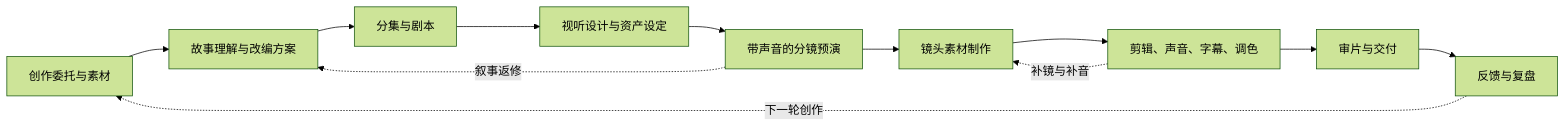
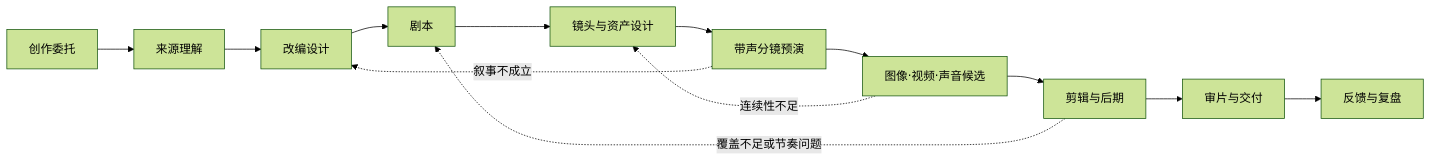
The diagram in README.md (cloudxy/vsc-plugin), drawn with Mermaid (forest theme) before and after one commit. The commit also changed other lines of this file, not shown here.

````diff
--- a/README.md
+++ b/README.md
@@ -76,14 +49,15 @@
 ```mermaid
 flowchart LR
-    A[创作委托与素材] --> B[故事理解与改编方案]
-    B --> C[分集与剧本]
-    C --> D[视听设计与资产设定]
-    D --> E[带声音的分镜预演]
-    E --> F[镜头素材制作]
-    F --> G[剪辑、声音、字幕、调色]
-    G --> H[审片与交付]
-    H --> I[反馈与复盘]
-    E -. 叙事返修 .-> B
-    G -. 补镜与补音 .-> F
-    I -. 下一轮创作 .-> A
+    S0[创作委托] --> S1[来源理解]
+    S1 --> S2[改编设计]
+    S2 --> S3[剧本]
+    S3 --> S4[镜头与资产设计]
+    S4 --> S5[带声分镜预演]
+    S5 --> S6[图像·视频·声音候选]
+    S6 --> S7[剪辑与后期]
+    S7 --> S8[审片与交付]
+    S8 --> S9[反馈与复盘]
+    S5 -.叙事不成立.-> S2
+    S6 -.连续性不足.-> S4
+    S7 -.覆盖不足或节奏问题.-> S3
 ```
````
